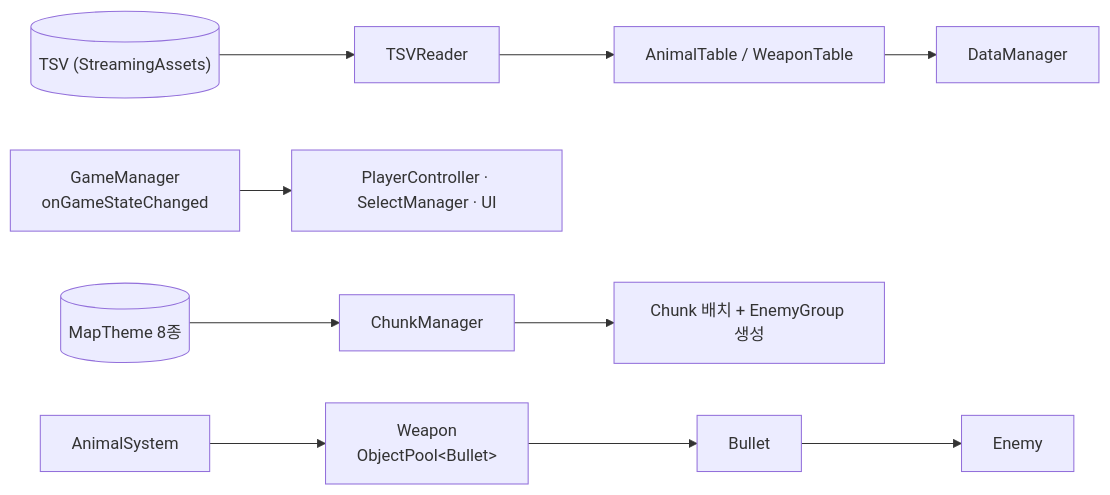
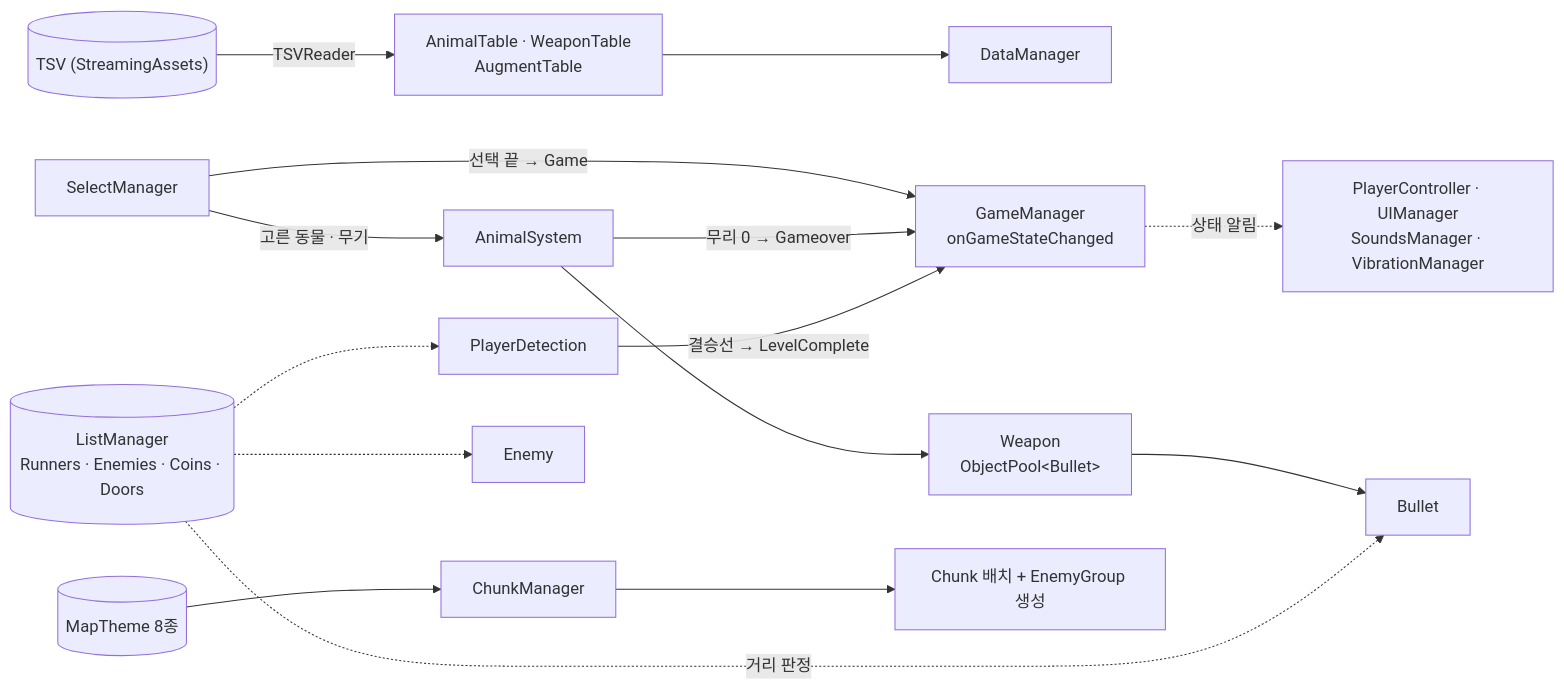
Before and after one commit to tmdrn17/portfolio: the first of 2 diagrams in src/05-AnimalRun/기술문서.md, drawn with Mermaid. The commit also changed other lines of this file and 2 other files, not shown here.

First line of the commit message:
애니멀 런 기능마다 최종 코드까지 온 과정 채우기, 역할 표·구조도 보강

````diff
--- a/src/05-AnimalRun/기술문서.md
+++ b/src/05-AnimalRun/기술문서.md
@@ -42,7 +42,13 @@
 ```mermaid
 flowchart LR
-  TSV[("TSV (StreamingAssets)")] --> R["TSVReader"] --> T["AnimalTable / WeaponTable"] --> DM["DataManager"]
-  GM["GameManager<br/>onGameStateChanged"] --> PC["PlayerController · SelectManager · UI"]
+  TSV[("TSV (StreamingAssets)")] -->|"TSVReader"| T["AnimalTable · WeaponTable<br/>AugmentTable"] --> DM["DataManager"]
+  SM["SelectManager"] -->|"선택 끝 → Game"| GM["GameManager<br/>onGameStateChanged"]
+  AS["AnimalSystem"] -->|"무리 0 → Gameover"| GM
+  PD["PlayerDetection"] -->|"결승선 → LevelComplete"| GM
+  GM -.->|"상태 알림"| SUB["PlayerController · UIManager<br/>SoundsManager · VibrationManager"]
+  SM -->|"고른 동물 · 무기"| AS --> W["Weapon<br/>ObjectPool#lt;Bullet#gt;"] --> B["Bullet"]
   MT[("MapTheme 8종")] --> CM["ChunkManager"] --> CH["Chunk 배치 + EnemyGroup 생성"]
-  AS["AnimalSystem"] --> W["Weapon<br/>ObjectPool#lt;Bullet#gt;"] --> B["Bullet"] --> E["Enemy"]
+  LM[("ListManager<br/>Runners · Enemies · Coins · Doors")] -.->|"거리 판정"| B
+  LM -.-> PD
+  LM -.-> E["Enemy"]
 ```
````
